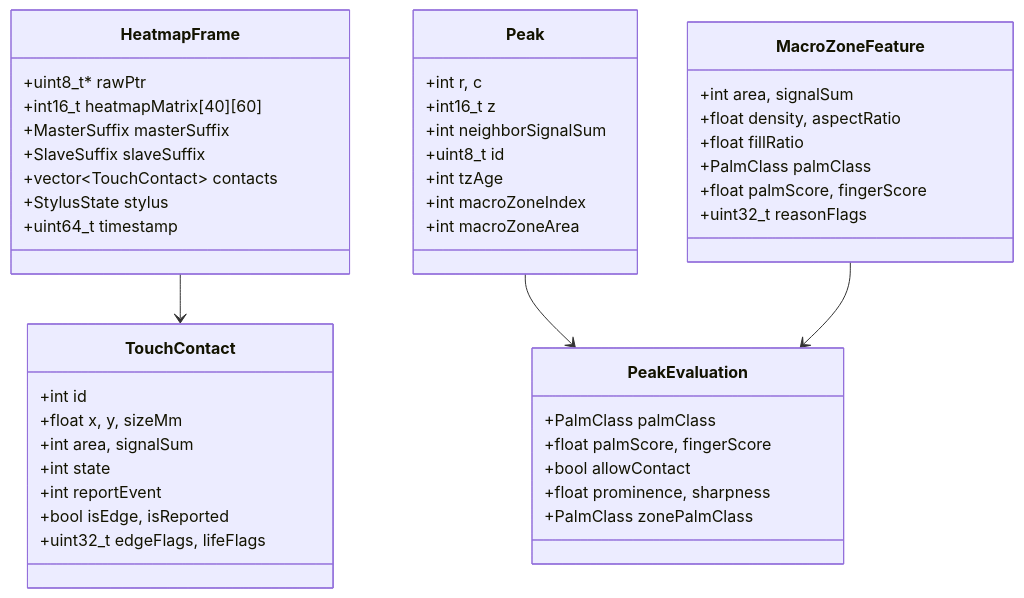
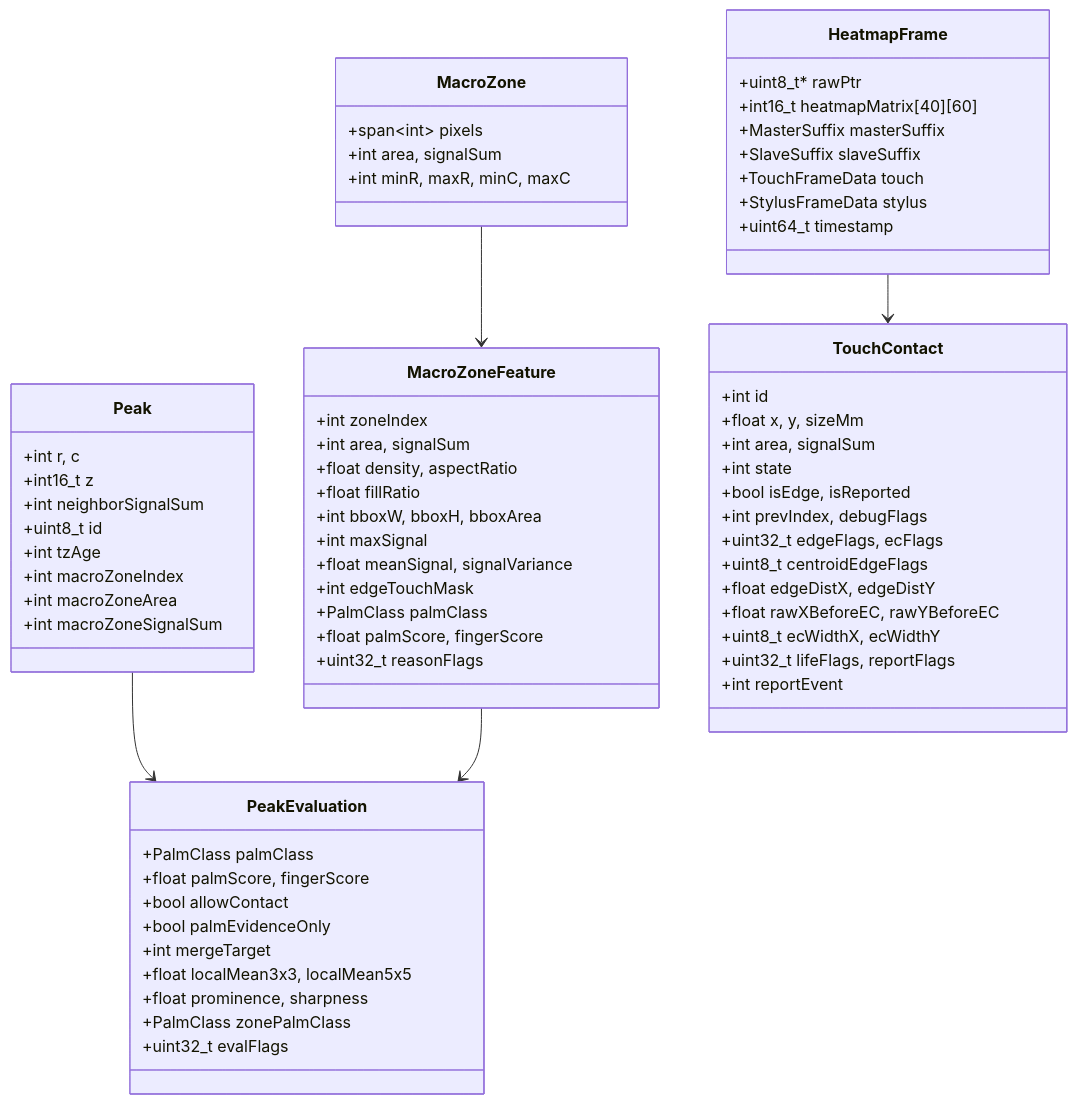
One commit to krrrak/EGoTouchRev changed diagram 13 of 14 in docs/touch_pipeline_architecture.md. Above: the diagram before and after it, drawn with Mermaid. The commit also changed other lines of this file and 8 other files, not shown here.

Commit message:
feat: implement speed-adaptive IIR coordinate filtering and add project architecture documentation

````diff
--- a/docs/touch_pipeline_architecture.md
+++ b/docs/touch_pipeline_architecture.md
@@ -423,53 +495,76 @@
 ```mermaid
 classDiagram
     class HeatmapFrame {
         +uint8_t* rawPtr
         +int16_t heatmapMatrix[40][60]
         +MasterSuffix masterSuffix
         +SlaveSuffix slaveSuffix
-        +vector~TouchContact~ contacts
-        +StylusState stylus
+        +TouchFrameData touch
+        +StylusFrameData stylus
         +uint64_t timestamp
     }
 
     class Peak {
         +int r, c
         +int16_t z
         +int neighborSignalSum
         +uint8_t id
         +int tzAge
         +int macroZoneIndex
         +int macroZoneArea
+        +int macroZoneSignalSum
+    }
+
+    class MacroZone {
+        +span~int~ pixels
+        +int area, signalSum
+        +int minR, maxR, minC, maxC
     }
 
     class MacroZoneFeature {
+        +int zoneIndex
         +int area, signalSum
         +float density, aspectRatio
         +float fillRatio
+        +int bboxW, bboxH, bboxArea
+        +int maxSignal
+        +float meanSignal, signalVariance
+        +int edgeTouchMask
         +PalmClass palmClass
         +float palmScore, fingerScore
         +uint32_t reasonFlags
     }
 
     class PeakEvaluation {
         +PalmClass palmClass
         +float palmScore, fingerScore
         +bool allowContact
+        +bool palmEvidenceOnly
+        +int mergeTarget
+        +float localMean3x3, localMean5x5
         +float prominence, sharpness
         +PalmClass zonePalmClass
+        +uint32_t evalFlags
     }
 
     class TouchContact {
         +int id
         +float x, y, sizeMm
         +int area, signalSum
         +int state
+        +bool isEdge, isReported
+        +int prevIndex, debugFlags
+        +uint32_t edgeFlags, ecFlags
+        +uint8_t centroidEdgeFlags
+        +float edgeDistX, edgeDistY
+        +float rawXBeforeEC, rawYBeforeEC
+        +uint8_t ecWidthX, ecWidthY
+        +uint32_t lifeFlags, reportFlags
         +int reportEvent
-        +bool isEdge, isReported
-        +uint32_t edgeFlags, lifeFlags
     }
 
     HeatmapFrame --> TouchContact
     Peak --> PeakEvaluation
+    MacroZone --> MacroZoneFeature
     MacroZoneFeature --> PeakEvaluation
 ```
````
